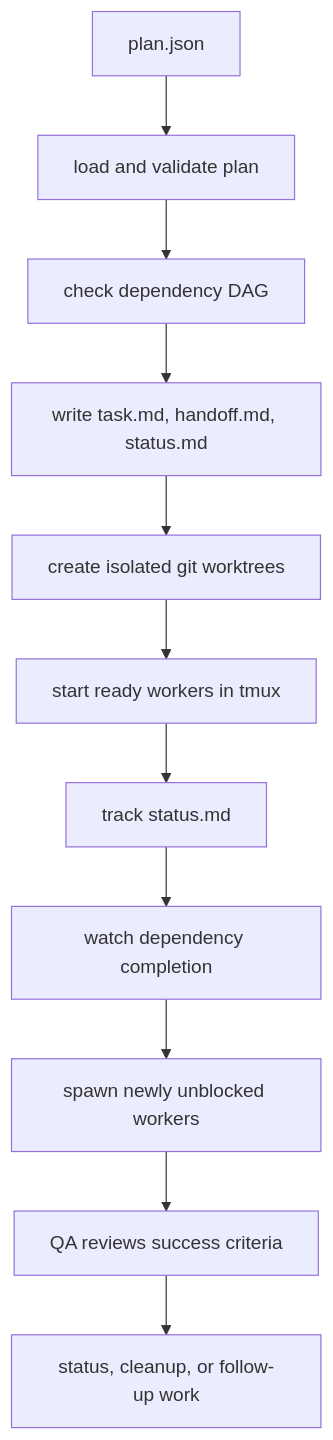
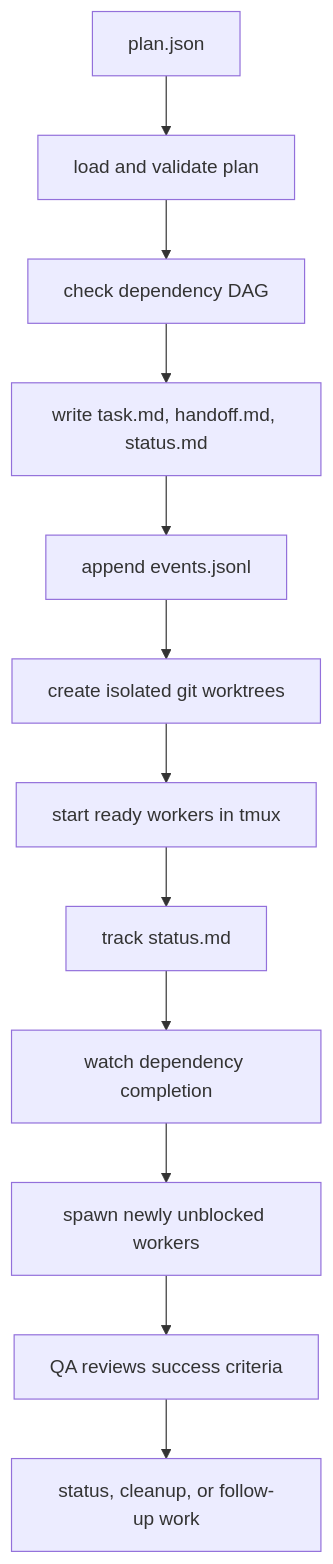
Before and after one commit to woogi-kang/craft-harness: the diagram in docs/architecture.md, drawn with Mermaid. The commit also changed other lines of this file and 28 other files, not shown here.

````diff
--- a/docs/architecture.md
+++ b/docs/architecture.md
@@ -23,13 +24,14 @@
 ```mermaid
 flowchart TD
   Plan["plan.json"] --> Load["load and validate plan"]
   Load --> DAG["check dependency DAG"]
   DAG --> Coord["write task.md, handoff.md, status.md"]
-  Coord --> Worktrees["create isolated git worktrees"]
+  Coord --> Ledger["append events.jsonl"]
+  Ledger --> Worktrees["create isolated git worktrees"]
   Worktrees --> Tmux["start ready workers in tmux"]
   Tmux --> Status["track status.md"]
   Status --> Watch["watch dependency completion"]
   Watch --> Next["spawn newly unblocked workers"]
   Next --> QA["QA reviews success criteria"]
   QA --> Cleanup["status, cleanup, or follow-up work"]
 ```
````
